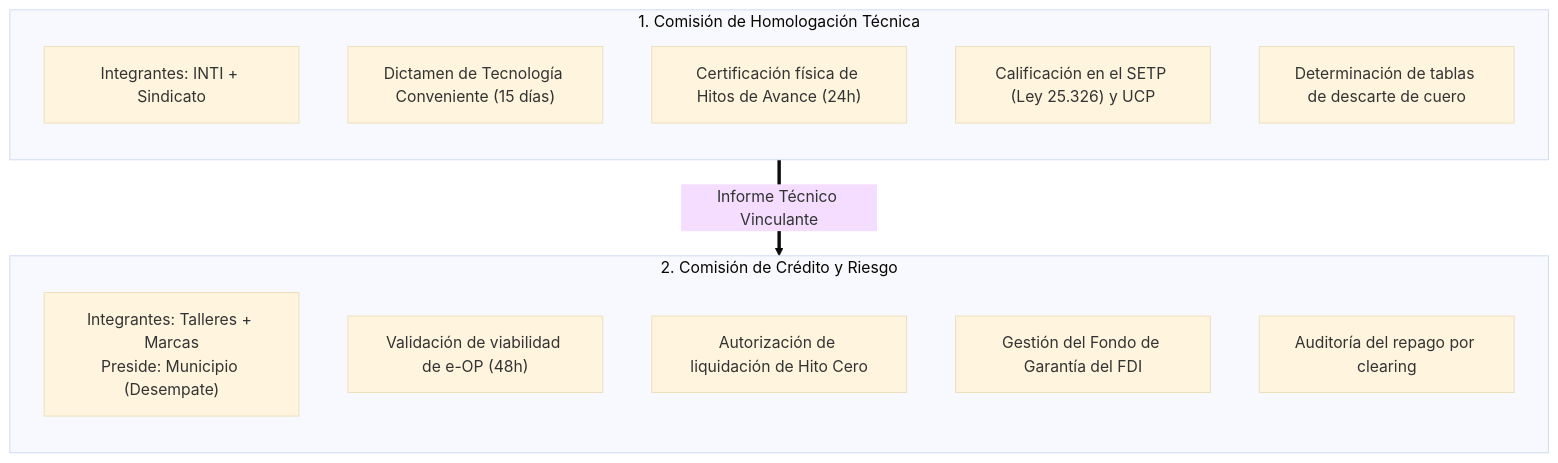
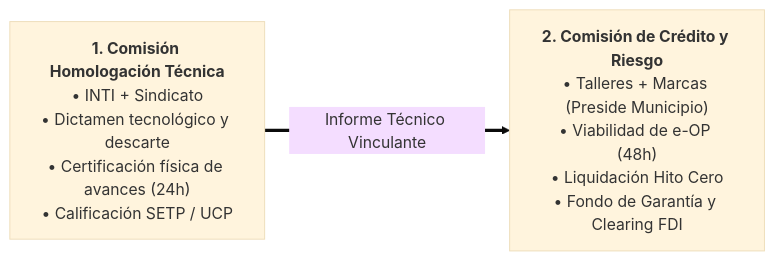
The second of 5 diagrams in docs/md/arquitectura_mes_gobernanza.md (sarthouse/indinopy), drawn with Mermaid (base theme) before and after one commit. The commit also changed other lines of this file and 16 other files, not shown here.

````diff
--- a/docs/md/arquitectura_mes_gobernanza.md
+++ b/docs/md/arquitectura_mes_gobernanza.md
@@ -98,22 +91,8 @@
 ```mermaid
-flowchart TD
-    subgraph COM_TEC["1. Comisión de Homologación Técnica"]
-        direction TB
-        CT_M["Integrantes: INTI + Sindicato"]
-        CT_1["Dictamen de Tecnología Conveniente (15 días)"]
-        CT_2["Certificación física de Hitos de Avance (24h)"]
-        CT_3["Calificación en el SETP (Ley 25.326) y UCP"]
-        CT_4["Determinación de tablas de descarte de cuero"]
-    end
+flowchart LR
+    CT["<b>1. Comisión Homologación Técnica</b><br/>• INTI + Sindicato<br/>• Dictamen tecnológico y descarte<br/>• Certificación física de avances (24h)<br/>• Calificación SETP / UCP"]
+    
+    CR["<b>2. Comisión de Crédito y Riesgo</b><br/>• Talleres + Marcas (Preside Municipio)<br/>• Viabilidad de e-OP (48h)<br/>• Liquidación Hito Cero<br/>• Fondo de Garantía y Clearing FDI"]
 
-    subgraph COM_CRE["2. Comisión de Crédito y Riesgo"]
-        direction TB
-        CR_M["Integrantes: Talleres + Marcas<br/>Preside: Municipio (Desempate)"]
-        CR_1["Validación de viabilidad de e-OP (48h)"]
-        CR_2["Autorización de liquidación de Hito Cero"]
-        CR_3["Gestión del Fondo de Garantía del FDI"]
-        CR_4["Auditoría del repago por clearing"]
-    end
-
-    COM_TEC ==>|Informe Técnico Vinculante| COM_CRE
+    CT ==>|Informe Técnico Vinculante| CR
 ```
````
